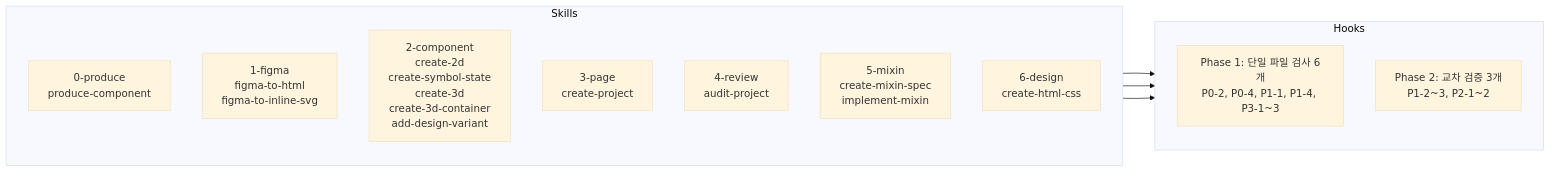
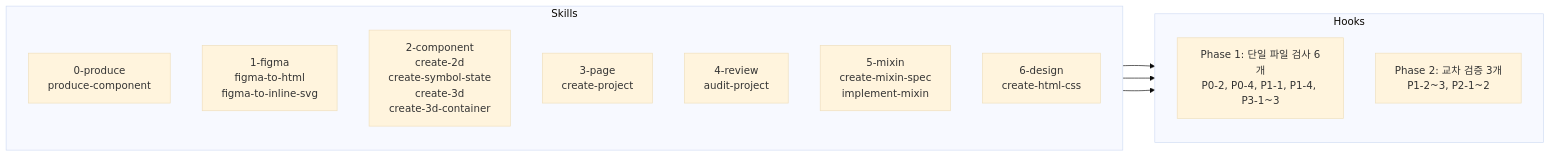
Before and after one commit to dysong-lab/WEB_BUILDER_TOOLKIT: the second of 2 diagrams in CLAUDE.md, drawn with Mermaid (base theme). The commit also changed other lines of this file and 4 other files, not shown here.

Commit message:
chore: add-design-variant 스킬 제거 — produce-component가 4개 변형을 일괄 생산하므로 불필요

````diff
--- a/CLAUDE.md
+++ b/CLAUDE.md
@@ -29,23 +29,23 @@
 ```mermaid
 flowchart LR
     subgraph Skills
         direction TB
         S0[0-produce<br/>produce-component]
         S1[1-figma<br/>figma-to-html<br/>figma-to-inline-svg]
-        S2[2-component<br/>create-2d<br/>create-symbol-state<br/>create-3d<br/>create-3d-container<br/>add-design-variant]
+        S2[2-component<br/>create-2d<br/>create-symbol-state<br/>create-3d<br/>create-3d-container]
         S3[3-page<br/>create-project]
         S4[4-review<br/>audit-project]
         S5[5-mixin<br/>create-mixin-spec<br/>implement-mixin]
         S6[6-design<br/>create-html-css]
     end
 
     subgraph Hooks
         direction TB
         H1[Phase 1: 단일 파일 검사 6개<br/>P0-2, P0-4, P1-1, P1-4, P3-1~3]
         H2[Phase 2: 교차 검증 3개<br/>P1-2~3, P2-1~2]
     end
 
     S2 --> H1
     S2 --> H2
     S3 --> H2
 ```
````
